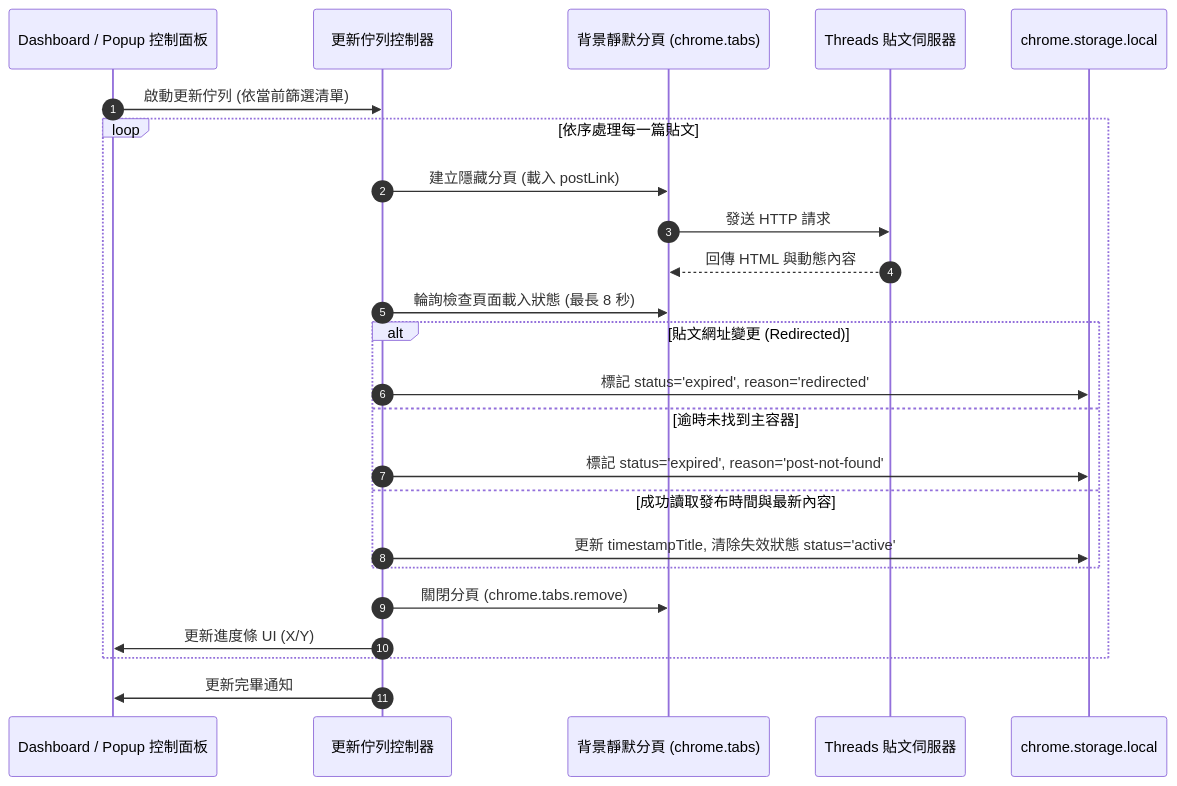
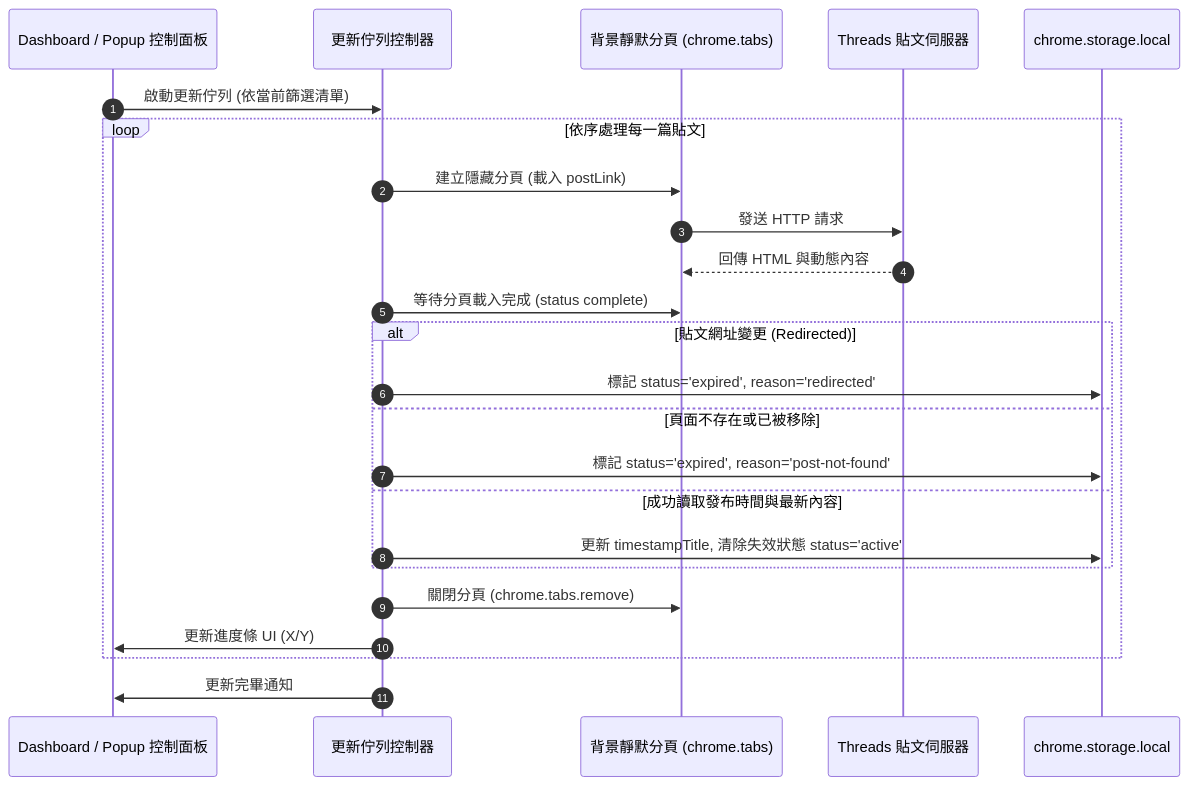
One commit to Scorpio-meow/Threads-embedded-code changed the second of 3 diagrams in README.md. Above: the diagram before and after it, drawn with Mermaid. The commit also changed other lines of this file and 2 other files, not shown here.

Commit message:
refactor(dashboard): 移除貼文資料更新的等待上限與逾時限制
- 移除 waitForTabNavigation 的 8 秒逾時設定，改為完全非同步監聽分頁 complete 與 removed 事件
- 移除 extractPostInfoFromPage 的 6 秒輪詢上限，改由每次輪詢即時判定頁面不存在狀態
- 同步更新 README.md 與 llms.txt 中關於背景佇列同步機制的說明

````diff
--- a/README.md
+++ b/README.md
@@ -347,27 +347,27 @@
 ```mermaid
 sequenceDiagram
     autonumber
     participant UI as Dashboard / Popup 控制面板
     participant Queue as 更新佇列控制器
     participant Tab as 背景靜默分頁 (chrome.tabs)
     participant Page as Threads 貼文伺服器
     participant Storage as chrome.storage.local
 
     UI->>Queue: 啟動更新佇列 (依當前篩選清單)
     loop 依序處理每一篇貼文
         Queue->>Tab: 建立隱藏分頁 (載入 postLink)
         Tab->>Page: 發送 HTTP 請求
         Page-->>Tab: 回傳 HTML 與動態內容
-        Queue->>Tab: 輪詢檢查頁面載入狀態 (最長 8 秒)
+        Queue->>Tab: 等待分頁載入完成 (status complete)
         alt 貼文網址變更 (Redirected)
             Queue->>Storage: 標記 status='expired', reason='redirected'
-        else 逾時未找到主容器
+        else 頁面不存在或已被移除
             Queue->>Storage: 標記 status='expired', reason='post-not-found'
         else 成功讀取發布時間與最新內容
             Queue->>Storage: 更新 timestampTitle, 清除失效狀態 status='active'
         end
         Queue->>Tab: 關閉分頁 (chrome.tabs.remove)
         Queue->>UI: 更新進度條 UI (X/Y)
     end
     Queue->>UI: 更新完畢通知
 ```
````
